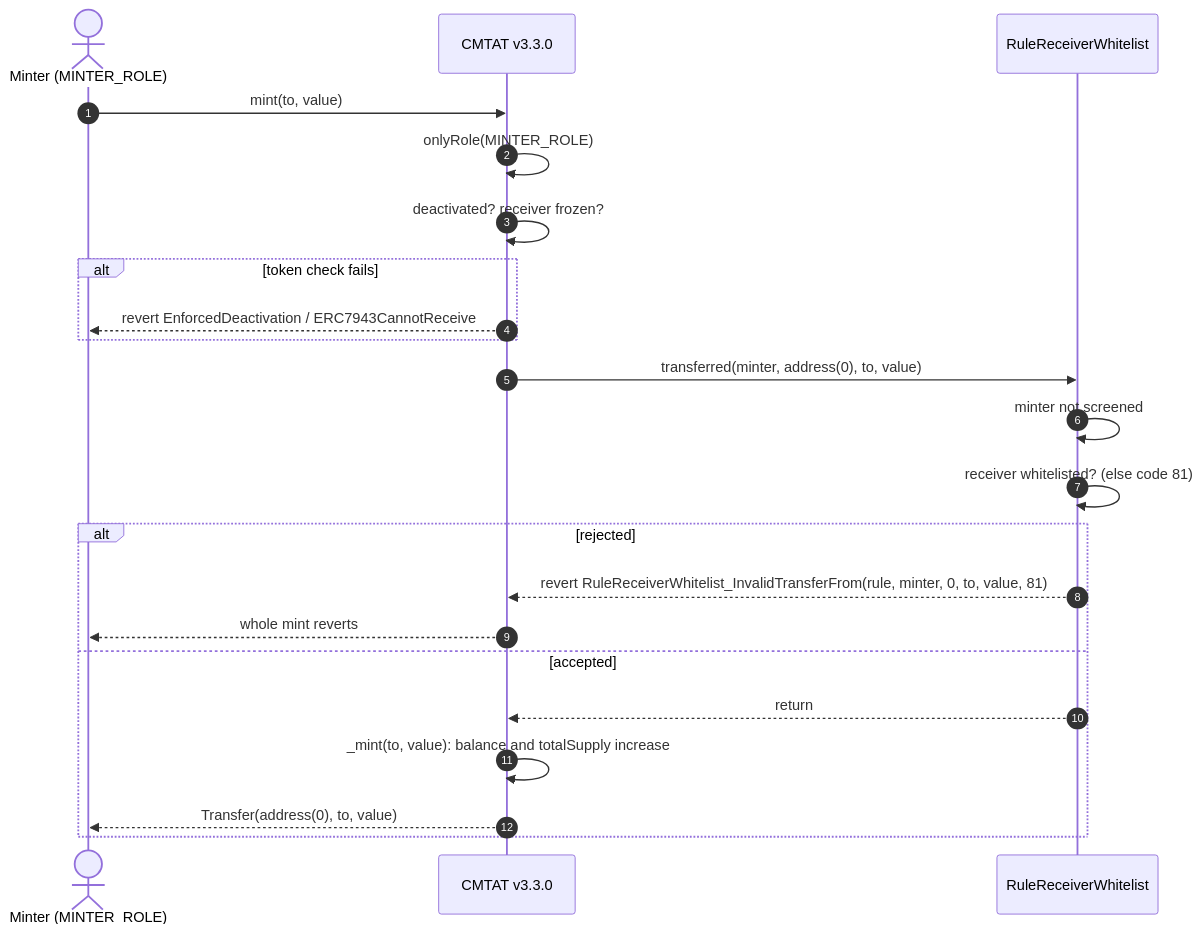
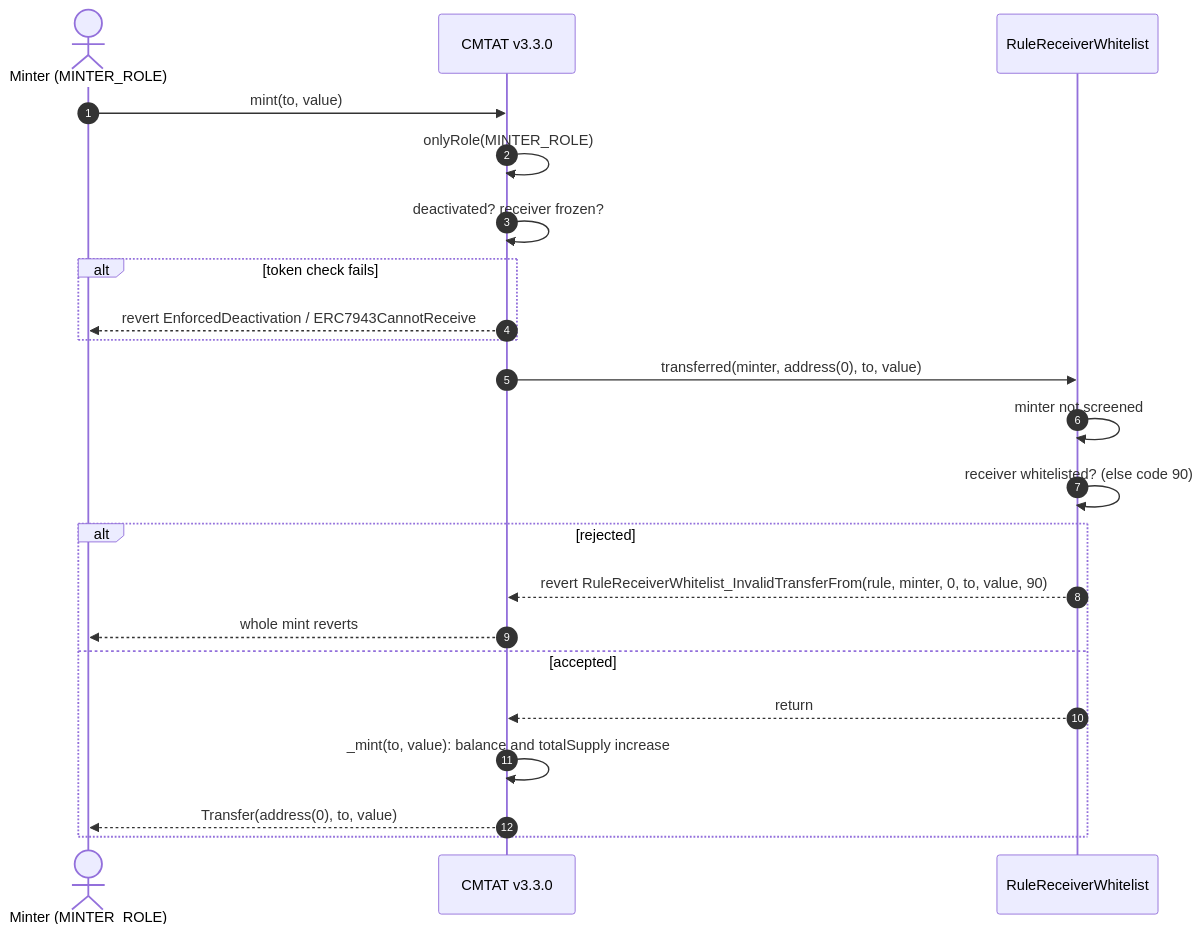
One commit to CMTA/Rules changed the fifth of 11 diagrams in doc/technical/guides/DEPLOY_RULE_RECEIVER_WHITELIST_CMTAT_V3.3.0.md. Above: the diagram before and after it, drawn with Mermaid. The commit also changed other lines of this file and 280 other files, not shown here.

Commit message:
refactor: renumber RuleReceiverWhitelist (81 → 90) and RuleMaxBalance (82/83 → 80/81) so each rule keeps reserved restriction codes

````diff
--- a/doc/technical/guides/DEPLOY_RULE_RECEIVER_WHITELIST_CMTAT_V3.3.0.md
+++ b/doc/technical/guides/DEPLOY_RULE_RECEIVER_WHITELIST_CMTAT_V3.3.0.md
@@ -215,25 +215,25 @@
 ```mermaid
 sequenceDiagram
     autonumber
     actor Minter as Minter (MINTER_ROLE)
     participant Token as CMTAT v3.3.0
     participant Rule as RuleReceiverWhitelist
 
     Minter->>Token: mint(to, value)
     Token->>Token: onlyRole(MINTER_ROLE)
     Token->>Token: deactivated? receiver frozen?
     alt token check fails
         Token-->>Minter: revert EnforcedDeactivation / ERC7943CannotReceive
     end
     Token->>Rule: transferred(minter, address(0), to, value)
     Rule->>Rule: minter not screened
-    Rule->>Rule: receiver whitelisted? (else code 81)
+    Rule->>Rule: receiver whitelisted? (else code 90)
     alt rejected
-        Rule-->>Token: revert RuleReceiverWhitelist_InvalidTransferFrom(rule, minter, 0, to, value, 81)
+        Rule-->>Token: revert RuleReceiverWhitelist_InvalidTransferFrom(rule, minter, 0, to, value, 90)
         Token-->>Minter: whole mint reverts
     else accepted
         Rule-->>Token: return
         Token->>Token: _mint(to, value): balance and totalSupply increase
         Token-->>Minter: Transfer(address(0), to, value)
     end
 ```
````
